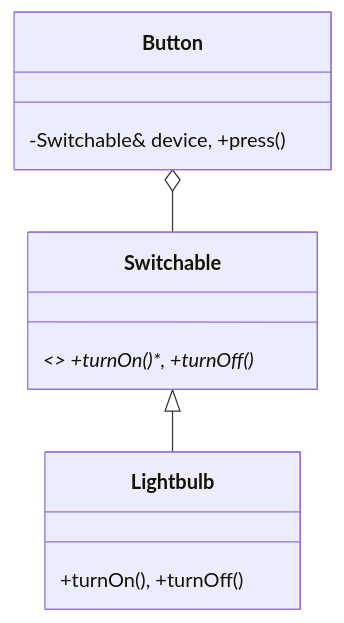
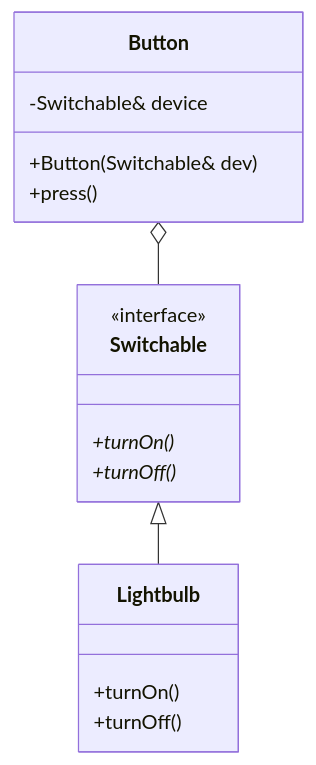
The fifth of 22 diagrams in readme.md (divyap271/systemDesign), drawn with Mermaid before and after one commit. The commit also changed other lines of this file, not shown here.

````diff
--- a/readme.md
+++ b/readme.md
@@ -88,8 +140,19 @@
 ```mermaid
 classDiagram
-    class Switchable { <<interface>> +turnOn()*, +turnOff()* }
-    class Lightbulb { +turnOn(), +turnOff() }
-    class Button { -Switchable& device, +press() }
+    class Switchable {
+        <<interface>>
+        +turnOn()*
+        +turnOff()*
+    }
+    class Lightbulb {
+        +turnOn()
+        +turnOff()
+    }
+    class Button {
+        -Switchable& device
+        +Button(Switchable& dev)
+        +press()
+    }
     Switchable <|-- Lightbulb
     Button o-- Switchable
 ```
````
